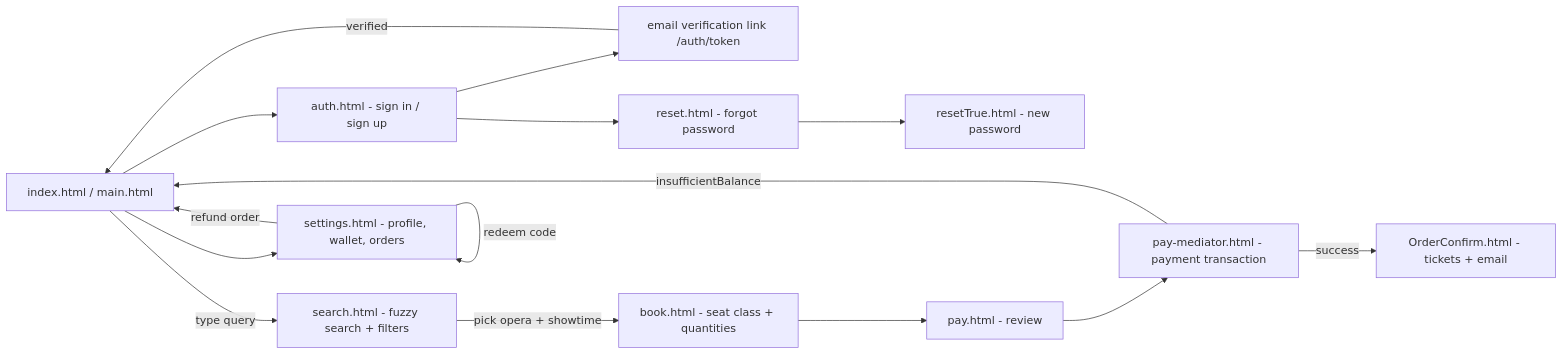
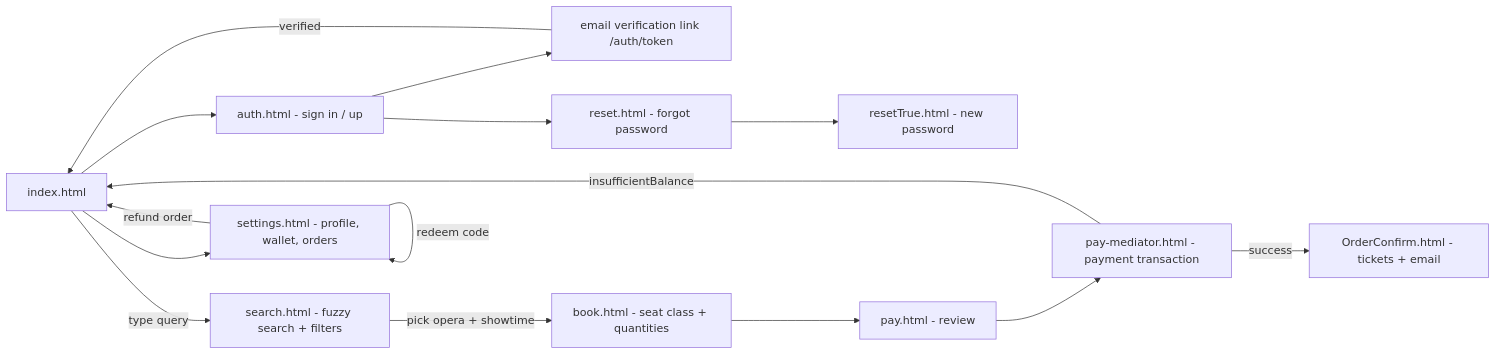
The second of 21 diagrams in descriptions/a.md (Azusalina/sba-proj), drawn with Mermaid before and after one commit. The commit also changed other lines of this file, not shown here.

````diff
--- a/descriptions/a.md
+++ b/descriptions/a.md
@@ -93,17 +89,17 @@
 ```mermaid
 flowchart LR
-    A[index.html / main.html] -->|type query| B[search.html - fuzzy search + filters]
-    A --> C[auth.html - sign in / sign up]
+    A[index.html] -->|type query| B[search.html - fuzzy search + filters]
+    A --> C[auth.html - sign in / up]
     C --> D[email verification link /auth/token]
     D -->|verified| A
     C --> R[reset.html - forgot password]
     R --> RT[resetTrue.html - new password]
     B -->|pick opera + showtime| E[book.html - seat class + quantities]
     E --> F[pay.html - review]
     F --> G[pay-mediator.html - payment transaction]
     G -->|insufficientBalance| A
     G -->|success| H[OrderConfirm.html - tickets + email]
     A --> I[settings.html - profile, wallet, orders]
     I -->|redeem code| I
     I -->|refund order| A
 ```
````
